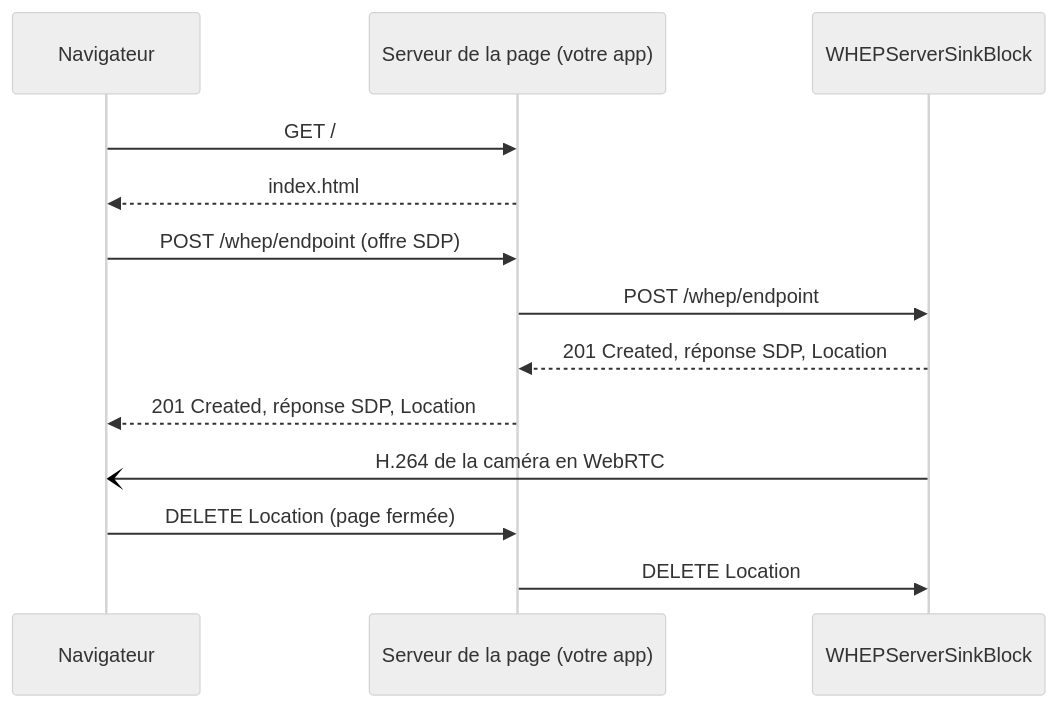
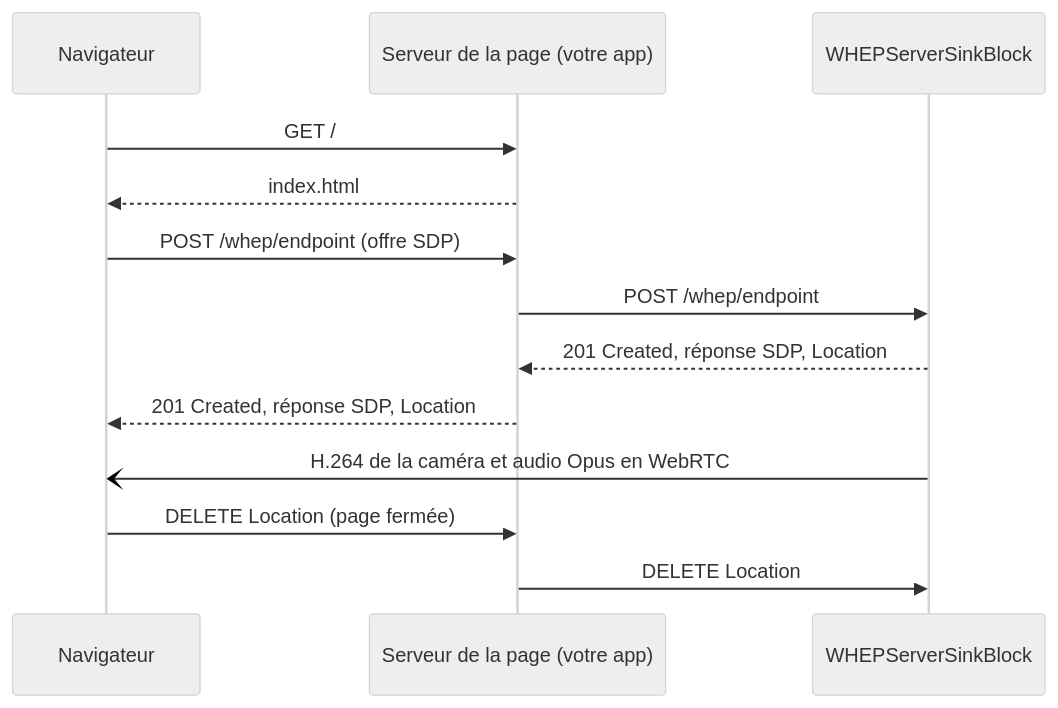
The second of 3 diagrams in dotnet/mediablocks/Guides/rtsp-cameras-in-browser-whep.fr.md (visioforge/help), drawn with Mermaid (neutral theme) before and after one commit. The commit also changed other lines of this file and 27 other files, not shown here.

````diff
--- a/dotnet/mediablocks/Guides/rtsp-cameras-in-browser-whep.fr.md
+++ b/dotnet/mediablocks/Guides/rtsp-cameras-in-browser-whep.fr.md
@@ -97,15 +101,15 @@
 ```mermaid
 sequenceDiagram
     participant Browser as Navigateur
     participant Page as Serveur de la page (votre app)
     participant WHEPServerSinkBlock
     Browser->>Page: GET /
     Page-->>Browser: index.html
     Browser->>Page: POST /whep/endpoint (offre SDP)
     Page->>WHEPServerSinkBlock: POST /whep/endpoint
     WHEPServerSinkBlock-->>Page: 201 Created, réponse SDP, Location
     Page-->>Browser: 201 Created, réponse SDP, Location
-    WHEPServerSinkBlock-)Browser: H.264 de la caméra en WebRTC
+    WHEPServerSinkBlock-)Browser: H.264 de la caméra et audio Opus en WebRTC
     Browser->>Page: DELETE Location (page fermée)
     Page->>WHEPServerSinkBlock: DELETE Location
 ```
````
